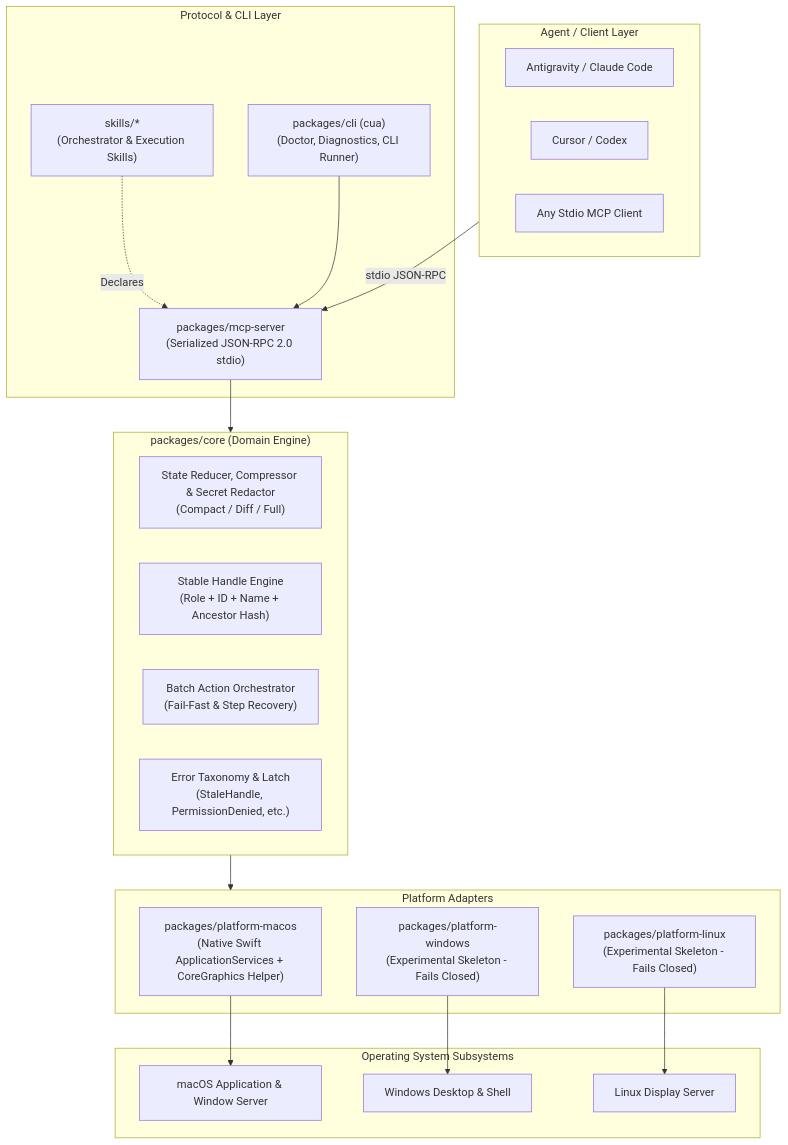
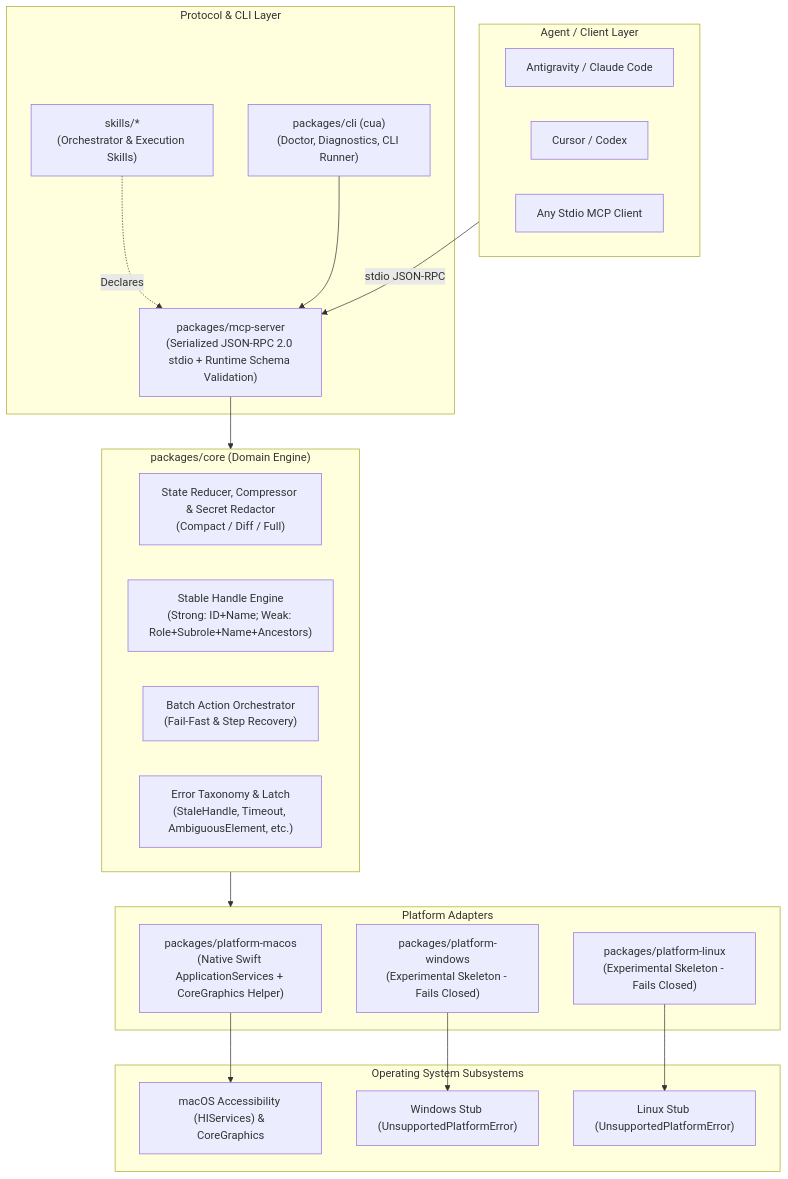
The diagram in docs/ARCHITECTURE.md (timexingxin/zov-computer-use), drawn with Mermaid before and after one commit. The commit also changed other lines of this file and 41 other files, not shown here.

First line of the commit message:
fix(security): harden secret redaction, timeout truth, runtime schema & native AX guards (v0.2.0)

````diff
--- a/docs/ARCHITECTURE.md
+++ b/docs/ARCHITECTURE.md
@@ -9,42 +9,42 @@
 ```mermaid
 flowchart TD
     subgraph AgentLayer["Agent / Client Layer"]
         A1["Antigravity / Claude Code"]
         A2["Cursor / Codex"]
         A3["Any Stdio MCP Client"]
     end
 
     subgraph InterfaceLayer["Protocol & CLI Layer"]
-        MCP["packages/mcp-server<br/>(Serialized JSON-RPC 2.0 stdio)"]
+        MCP["packages/mcp-server<br/>(Serialized JSON-RPC 2.0 stdio + Runtime Schema Validation)"]
         CLI["packages/cli (cua)<br/>(Doctor, Diagnostics, CLI Runner)"]
         Plugin["skills/*<br/>(Orchestrator & Execution Skills)"]
     end
 
     subgraph CoreLayer["packages/core (Domain Engine)"]
         Reducer["State Reducer, Compressor & Secret Redactor<br/>(Compact / Diff / Full)"]
-        Handle["Stable Handle Engine<br/>(Role + ID + Name + Ancestor Hash)"]
+        Handle["Stable Handle Engine<br/>(Strong: ID+Name; Weak: Role+Subrole+Name+Ancestors)"]
         Batch["Batch Action Orchestrator<br/>(Fail-Fast & Step Recovery)"]
-        Errors["Error Taxonomy & Latch<br/>(StaleHandle, PermissionDenied, etc.)"]
+        Errors["Error Taxonomy & Latch<br/>(StaleHandle, Timeout, AmbiguousElement, etc.)"]
     end
 
     subgraph PlatformLayer["Platform Adapters"]
         Mac["packages/platform-macos<br/>(Native Swift ApplicationServices + CoreGraphics Helper)"]
         Win["packages/platform-windows<br/>(Experimental Skeleton - Fails Closed)"]
         Lin["packages/platform-linux<br/>(Experimental Skeleton - Fails Closed)"]
     end
 
     subgraph OSLayer["Operating System Subsystems"]
-        OSX["macOS Application & Window Server"]
-        WINX["Windows Desktop & Shell"]
-        LINX["Linux Display Server"]
+        OSX["macOS Accessibility (HIServices) & CoreGraphics"]
+        WINX["Windows Stub (UnsupportedPlatformError)"]
+        LINX["Linux Stub (UnsupportedPlatformError)"]
     end
 
     AgentLayer -->|stdio JSON-RPC| MCP
     Plugin -.->|Declares| MCP
     CLI --> MCP
     MCP --> CoreLayer
     CoreLayer --> PlatformLayer
     Mac --> OSX
     Win --> WINX
     Lin --> LINX
 ```
````
